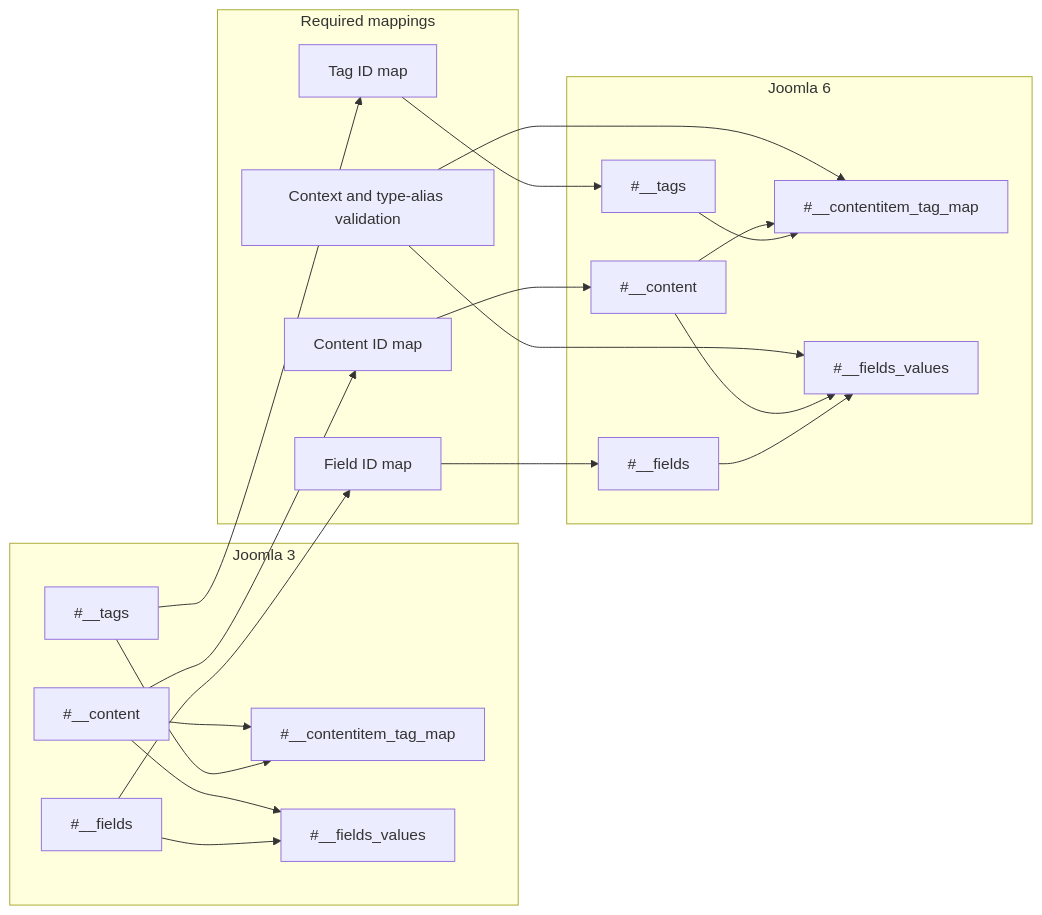
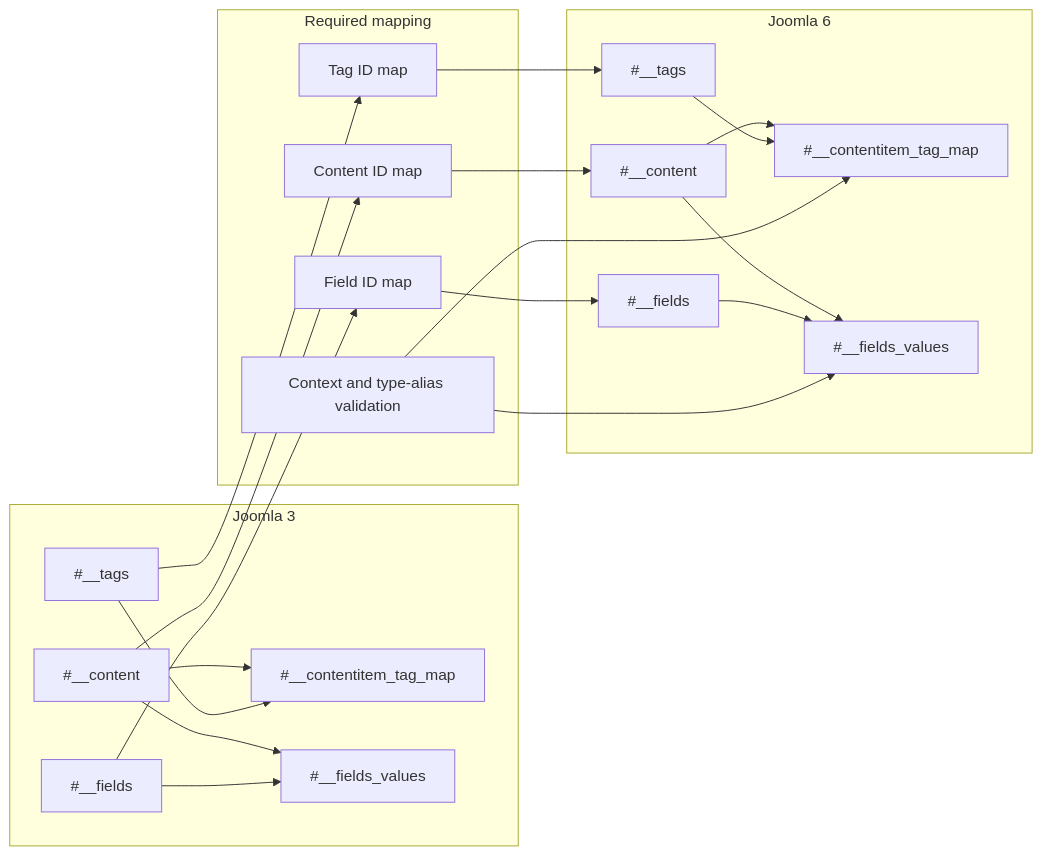
The ninth of 21 diagrams in docs/joomla/learning/database/joomla3-vs-joomla6-erd-gap-diagrams.md (duyduyly/php-notebook), drawn with Mermaid before and after one commit. The commit also changed other lines of this file, not shown here.

Commit message:
docs: improve Joomla 3 vs Joomla 6 ERD gap diagrams

````diff
--- a/docs/joomla/learning/database/joomla3-vs-joomla6-erd-gap-diagrams.md
+++ b/docs/joomla/learning/database/joomla3-vs-joomla6-erd-gap-diagrams.md
@@ -275,41 +345,41 @@
 ```mermaid
 flowchart LR
     subgraph J3["Joomla 3"]
-        J3CONTENT["#__content"]
+        J3ART["#__content"]
+        J3TAGS["#__tags"]
         J3TAGMAP["#__contentitem_tag_map"]
-        J3TAGS["#__tags"]
         J3FIELDS["#__fields"]
         J3VALUES["#__fields_values"]
 
-        J3CONTENT --> J3TAGMAP
+        J3ART --> J3TAGMAP
         J3TAGS --> J3TAGMAP
-        J3CONTENT --> J3VALUES
+        J3ART --> J3VALUES
         J3FIELDS --> J3VALUES
     end
 
-    subgraph MAP["Required mappings"]
-        CMAP["Content ID map"]
-        TMAP["Tag ID map"]
-        FMAP["Field ID map"]
+    subgraph MAPPING["Required mapping"]
+        CONTENTMAP["Content ID map"]
+        TAGMAP["Tag ID map"]
+        FIELDMAP["Field ID map"]
         CONTEXT["Context and type-alias validation"]
     end
 
     subgraph J6["Joomla 6"]
-        J6CONTENT["#__content"]
+        J6ART["#__content"]
+        J6TAGS["#__tags"]
         J6TAGMAP["#__contentitem_tag_map"]
-        J6TAGS["#__tags"]
         J6FIELDS["#__fields"]
         J6VALUES["#__fields_values"]
     end
 
-    J3CONTENT --> CMAP --> J6CONTENT
-    J3TAGS --> TMAP --> J6TAGS
-    J3FIELDS --> FMAP --> J6FIELDS
+    J3ART --> CONTENTMAP --> J6ART
+    J3TAGS --> TAGMAP --> J6TAGS
+    J3FIELDS --> FIELDMAP --> J6FIELDS
+
+    J6ART --> J6TAGMAP
+    J6TAGS --> J6TAGMAP
+    J6ART --> J6VALUES
+    J6FIELDS --> J6VALUES
     CONTEXT --> J6TAGMAP
     CONTEXT --> J6VALUES
-
-    J6CONTENT --> J6TAGMAP
-    J6TAGS --> J6TAGMAP
-    J6CONTENT --> J6VALUES
-    J6FIELDS --> J6VALUES
 ```
````
